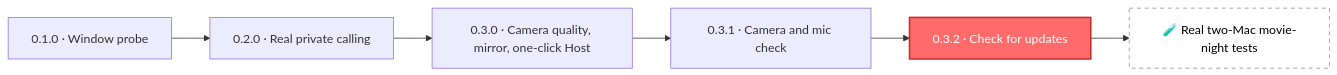
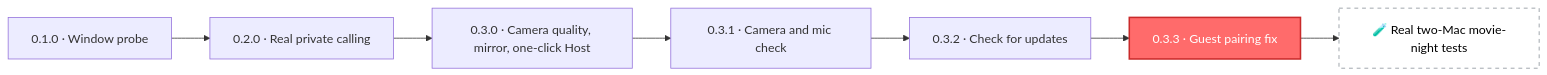
Before and after one commit to CemSarp/ZoomTime: the seventh of 7 diagrams in README.md, drawn with Mermaid. The commit also changed other lines of this file and 6 other files, not shown here.

````diff
--- a/README.md
+++ b/README.md
@@ -290,11 +290,12 @@
 ```mermaid
 flowchart LR
     V1["0.1.0 · Window probe"] --> V2["0.2.0 · Real private calling"]
     V2 --> V3["0.3.0 · Camera quality, mirror, one-click Host"]
     V3 --> V31["0.3.1 · Camera and mic check"]
-    V31 --> V32["0.3.2 · Check for updates"]:::now
-    V32 --> NEXT["🧪 Real two-Mac movie-night tests"]:::next
+    V31 --> V32["0.3.2 · Check for updates"]
+    V32 --> V33["0.3.3 · Guest pairing fix"]:::now
+    V33 --> NEXT["🧪 Real two-Mac movie-night tests"]:::next
 
     classDef now fill:#ff6b6b,stroke:#c92a2a,color:#fff,stroke-width:2px
     classDef next fill:#fff,stroke:#868e96,color:#000,stroke-dasharray: 5 5
 ```
````
